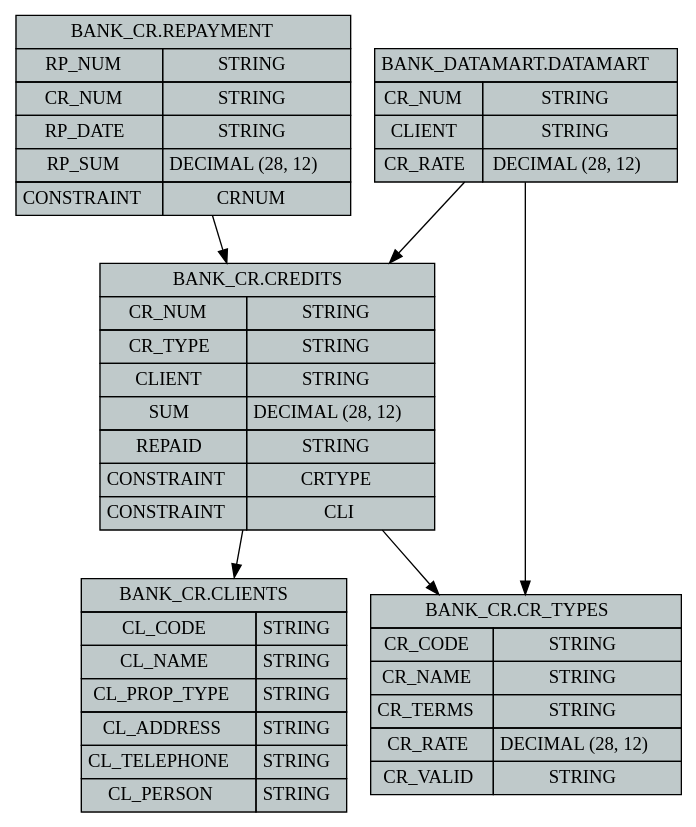
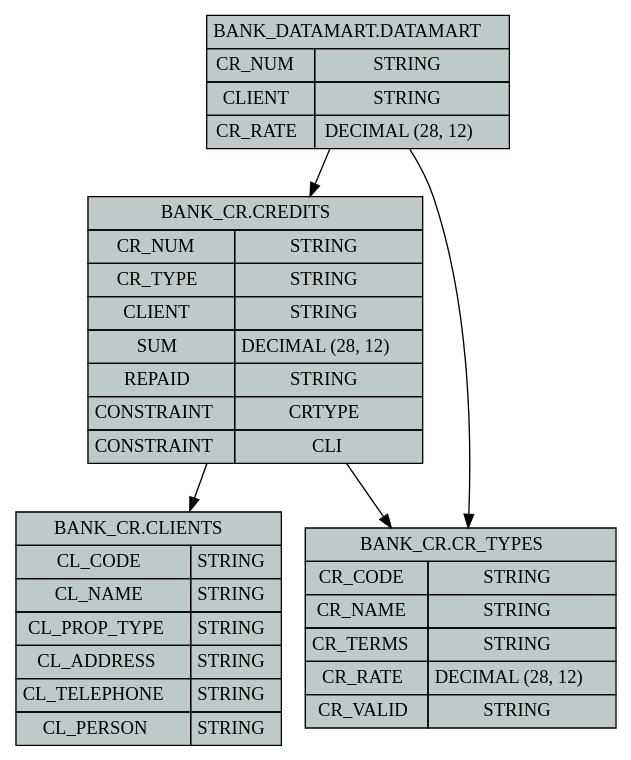
Before and after one commit to dmitriy-pichugin/Diplom: the diagram in dotsource.dot, drawn with Graphviz. The commit also changed 2 other files, not shown here.

Commit message:
myTable extends Table

```diff
--- a/dotsource.dot
+++ b/dotsource.dot
@@ -1,7 +1,6 @@
 digraph G {
 BANK_CRCLIENTS [style=filled, fillcolor="#BFC9CA", shape=none, margin=0, label=<<TABLE BORDER="0" CELLBORDER="1" CELLSPACING="0" CELLPADDING="4"><TR><TD COLSPAN="2">BANK_CR.CLIENTS</TD></TR><TR><TD>CL_CODE</TD><TD>STRING</TD></TR><TR><TD>CL_NAME</TD><TD>STRING</TD></TR><TR><TD>CL_PROP_TYPE</TD><TD>STRING</TD></TR><TR><TD>CL_ADDRESS</TD><TD>STRING</TD></TR><TR><TD>CL_TELEPHONE</TD><TD>STRING</TD></TR><TR><TD>CL_PERSON</TD><TD>STRING</TD></TR></TABLE>>];
 BANK_CRCREDITS [style=filled, fillcolor="#BFC9CA", shape=none, margin=0, label=<<TABLE BORDER="0" CELLBORDER="1" CELLSPACING="0" CELLPADDING="4"><TR><TD COLSPAN="2">BANK_CR.CREDITS</TD></TR><TR><TD>CR_NUM</TD><TD>STRING</TD></TR><TR><TD>CR_TYPE</TD><TD>STRING</TD></TR><TR><TD>CLIENT</TD><TD>STRING</TD></TR><TR><TD>SUM</TD><TD>DECIMAL (28, 12)</TD></TR><TR><TD>REPAID</TD><TD>STRING</TD></TR><TR><TD>CONSTRAINT</TD><TD>CRTYPE</TD></TR><TR><TD>CONSTRAINT</TD><TD>CLI</TD></TR></TABLE>>];
 BANK_CRCR_TYPES [style=filled, fillcolor="#BFC9CA", shape=none, margin=0, label=<<TABLE BORDER="0" CELLBORDER="1" CELLSPACING="0" CELLPADDING="4"><TR><TD COLSPAN="2">BANK_CR.CR_TYPES</TD></TR><TR><TD>CR_CODE</TD><TD>STRING</TD></TR><TR><TD>CR_NAME</TD><TD>STRING</TD></TR><TR><TD>CR_TERMS</TD><TD>STRING</TD></TR><TR><TD>CR_RATE</TD><TD>DECIMAL (28, 12)</TD></TR><TR><TD>CR_VALID</TD><TD>STRING</TD></TR></TABLE>>];
-BANK_CRREPAYMENT [style=filled, fillcolor="#BFC9CA", shape=none, margin=0, label=<<TABLE BORDER="0" CELLBORDER="1" CELLSPACING="0" CELLPADDING="4"><TR><TD COLSPAN="2">BANK_CR.REPAYMENT</TD></TR><TR><TD>RP_NUM</TD><TD>STRING</TD></TR><TR><TD>CR_NUM</TD><TD>STRING</TD></TR><TR><TD>RP_DATE</TD><TD>STRING</TD></TR><TR><TD>RP_SUM</TD><TD>DECIMAL (28, 12)</TD></TR><TR><TD>CONSTRAINT</TD><TD>CRNUM</TD></TR></TABLE>>];
 BANK_DATAMARTDATAMART [style=filled, fillcolor="#BFC9CA", shape=none, margin=0, label=<<TABLE BORDER="0" CELLBORDER="1" CELLSPACING="0" CELLPADDING="4"><TR><TD COLSPAN="2">BANK_DATAMART.DATAMART</TD></TR><TR><TD>CR_NUM</TD><TD>STRING</TD></TR><TR><TD>CLIENT</TD><TD>STRING</TD></TR><TR><TD>CR_RATE</TD><TD>DECIMAL (28, 12)</TD></TR></TABLE>>];
-BANK_CRCREDITS->BANK_CRCR_TYPES;BANK_CRCREDITS->BANK_CRCLIENTS;BANK_CRREPAYMENT->BANK_CRCREDITS;BANK_DATAMARTDATAMART->BANK_CRCR_TYPES;BANK_DATAMARTDATAMART->BANK_CRCREDITS;}
+BANK_CRCREDITS->BANK_CRCR_TYPES;BANK_CRCREDITS->BANK_CRCLIENTS;BANK_DATAMARTDATAMART->BANK_CRCR_TYPES;BANK_DATAMARTDATAMART->BANK_CRCREDITS;}
```
